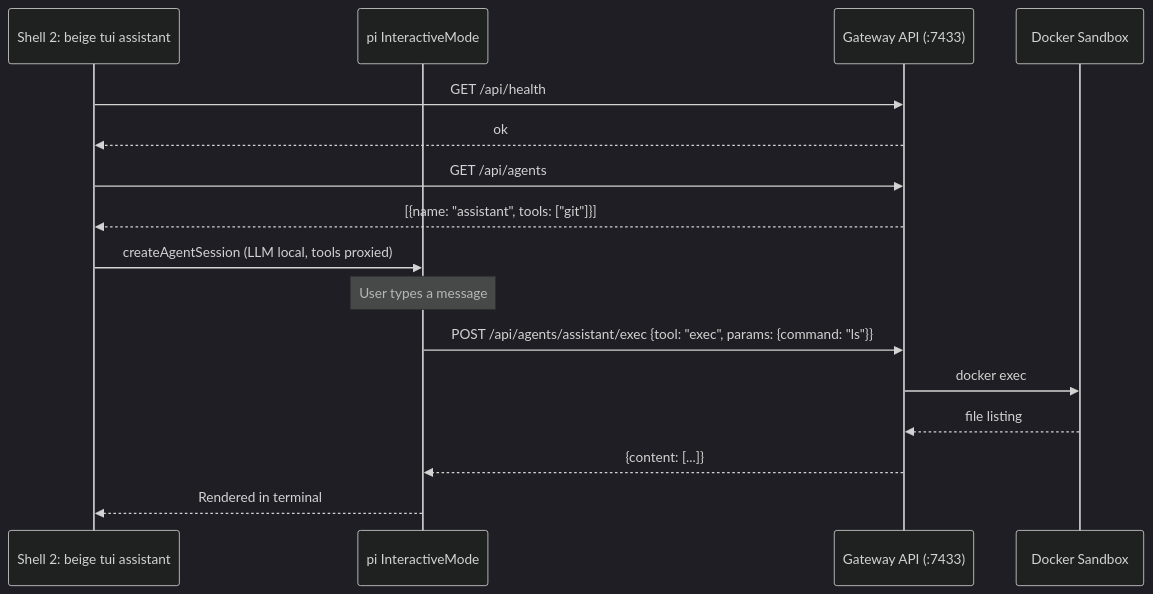
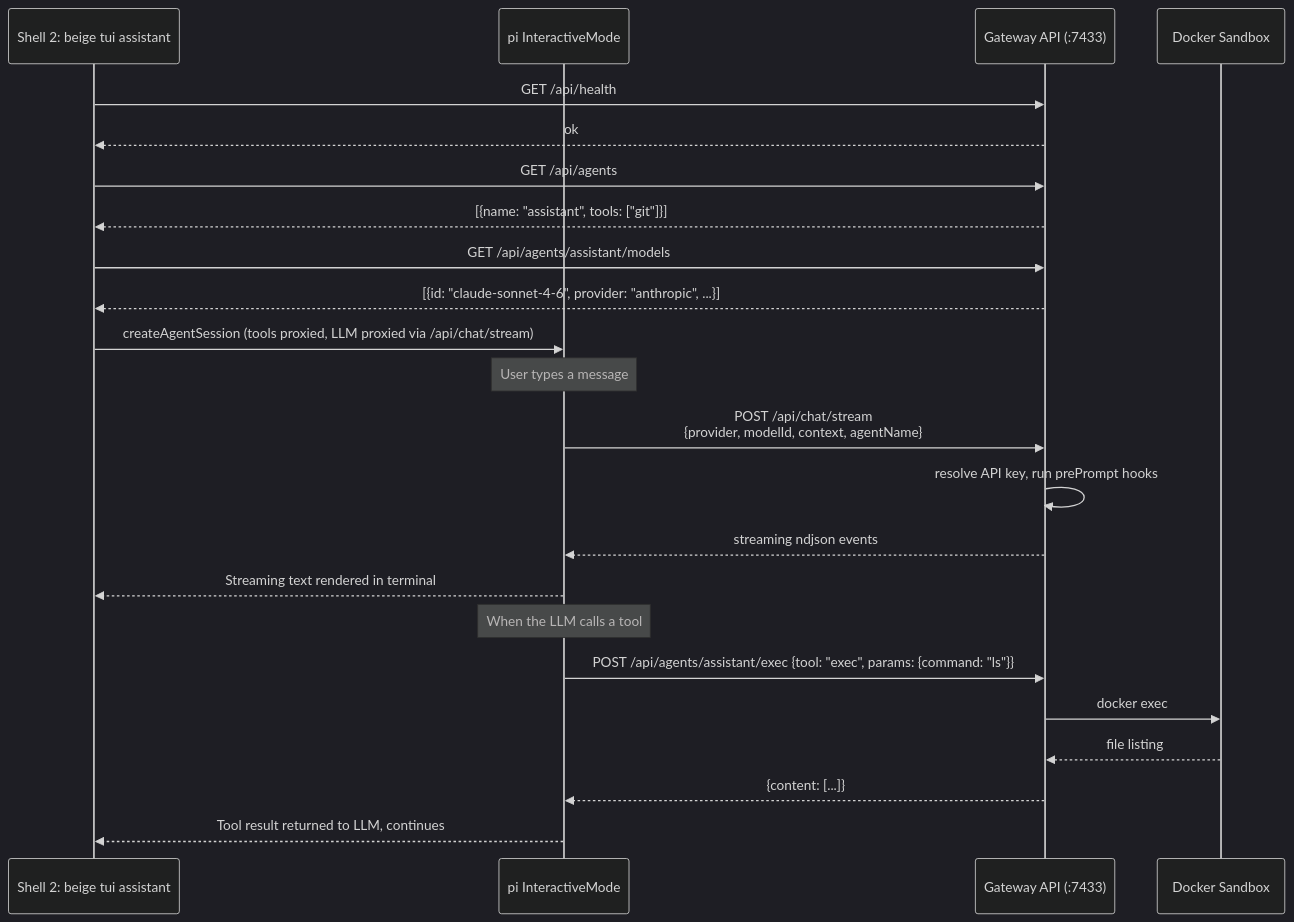
One commit to matthias-hausberger/beige changed the sixth of 7 diagrams in docs/gateway/system-overview.mdx. Above: the diagram before and after it, drawn with Mermaid (dark theme). The commit also changed other lines of this file, not shown here.

Commit message:
docs: fix TUI startup diagram and description in system-overview
- Added GET /api/agents/:name/models call to TUI startup sequence
- Updated TUI session creation: shows LLM proxied via /api/chat/stream
  and tool execution via /api/agents/:name/exec
- Fixed description: TUI never needs API keys, LLM calls are proxied

````diff
--- a/docs/gateway/system-overview.mdx
+++ b/docs/gateway/system-overview.mdx
@@ -195,24 +195,34 @@
 ```mermaid
 sequenceDiagram
     participant CLI2 as Shell 2: beige tui assistant
     participant TUI as pi InteractiveMode
     participant API as Gateway API (:7433)
     participant SB as Docker Sandbox
 
     CLI2->>API: GET /api/health
     API-->>CLI2: ok
 
     CLI2->>API: GET /api/agents
     API-->>CLI2: [{name: "assistant", tools: ["git"]}]
 
-    CLI2->>TUI: createAgentSession (LLM local, tools proxied)
+    CLI2->>API: GET /api/agents/assistant/models
+    API-->>CLI2: [{id: "claude-sonnet-4-6", provider: "anthropic", ...}]
+
+    CLI2->>TUI: createAgentSession (tools proxied, LLM proxied via /api/chat/stream)
 
     Note over TUI: User types a message
+
+    TUI->>API: POST /api/chat/stream<br/>{provider, modelId, context, agentName}
+    API->>API: resolve API key, run prePrompt hooks
+    API-->>TUI: streaming ndjson events
+    TUI-->>CLI2: Streaming text rendered in terminal
+
+    Note over TUI: When the LLM calls a tool
 
     TUI->>API: POST /api/agents/assistant/exec {tool: "exec", params: {command: "ls"}}
     API->>SB: docker exec
     SB-->>API: file listing
     API-->>TUI: {content: [...]}
 
-    TUI-->>CLI2: Rendered in terminal
+    TUI-->>CLI2: Tool result returned to LLM, continues
 ```
````
